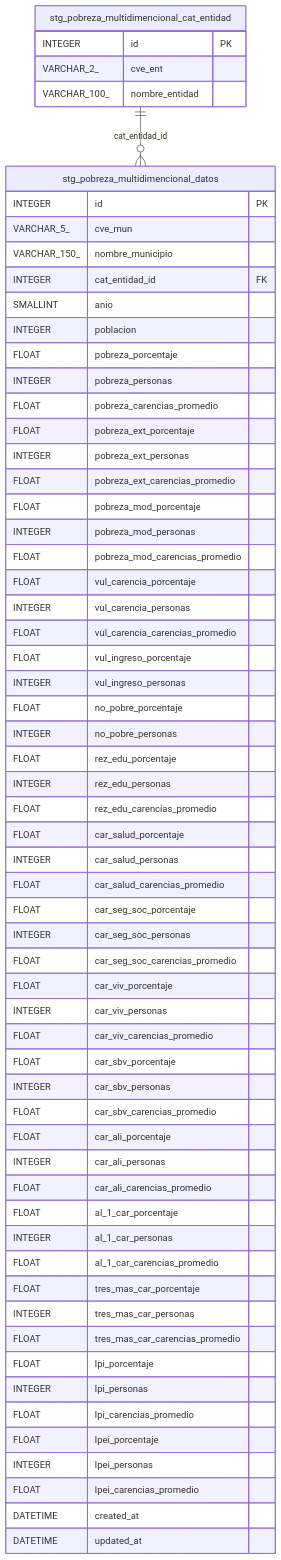
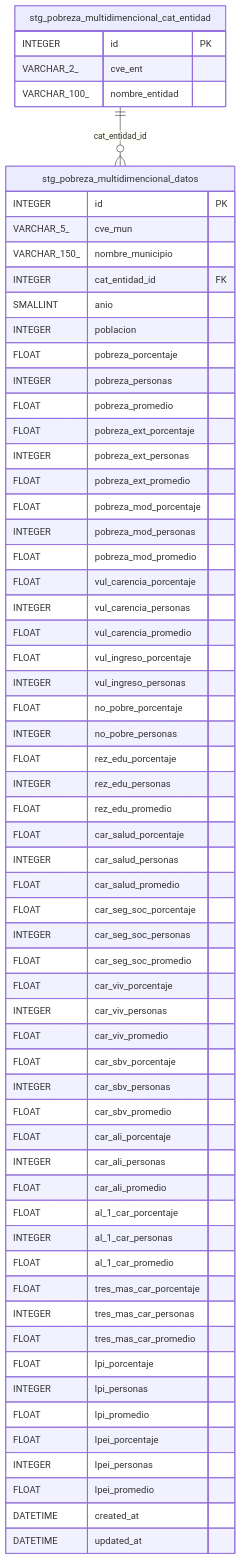
One commit to iieg-oficial/ETL-SIEEJ changed the diagram in core/pipelines/pobreza_multidimencional/README.md. Above: the diagram before and after it, drawn with Mermaid. The commit also changed 5 other files, not shown here.

````diff
--- a/core/pipelines/pobreza_multidimencional/README.md
+++ b/core/pipelines/pobreza_multidimencional/README.md
@@ -40,65 +40,65 @@
 ```mermaid
 erDiagram
     stg_pobreza_multidimencional_cat_entidad {
         INTEGER id PK
         VARCHAR_2_ cve_ent
         VARCHAR_100_ nombre_entidad
     }
     stg_pobreza_multidimencional_datos {
         INTEGER id PK
         VARCHAR_5_ cve_mun
         VARCHAR_150_ nombre_municipio
         INTEGER cat_entidad_id FK
         SMALLINT anio
         INTEGER poblacion
         FLOAT pobreza_porcentaje
         INTEGER pobreza_personas
-        FLOAT pobreza_carencias_promedio
+        FLOAT pobreza_promedio
         FLOAT pobreza_ext_porcentaje
         INTEGER pobreza_ext_personas
-        FLOAT pobreza_ext_carencias_promedio
+        FLOAT pobreza_ext_promedio
         FLOAT pobreza_mod_porcentaje
         INTEGER pobreza_mod_personas
-        FLOAT pobreza_mod_carencias_promedio
+        FLOAT pobreza_mod_promedio
         FLOAT vul_carencia_porcentaje
         INTEGER vul_carencia_personas
-        FLOAT vul_carencia_carencias_promedio
+        FLOAT vul_carencia_promedio
         FLOAT vul_ingreso_porcentaje
         INTEGER vul_ingreso_personas
         FLOAT no_pobre_porcentaje
         INTEGER no_pobre_personas
         FLOAT rez_edu_porcentaje
         INTEGER rez_edu_personas
-        FLOAT rez_edu_carencias_promedio
+        FLOAT rez_edu_promedio
         FLOAT car_salud_porcentaje
         INTEGER car_salud_personas
-        FLOAT car_salud_carencias_promedio
+        FLOAT car_salud_promedio
         FLOAT car_seg_soc_porcentaje
         INTEGER car_seg_soc_personas
-        FLOAT car_seg_soc_carencias_promedio
+        FLOAT car_seg_soc_promedio
         FLOAT car_viv_porcentaje
         INTEGER car_viv_personas
-        FLOAT car_viv_carencias_promedio
+        FLOAT car_viv_promedio
         FLOAT car_sbv_porcentaje
         INTEGER car_sbv_personas
-        FLOAT car_sbv_carencias_promedio
+        FLOAT car_sbv_promedio
         FLOAT car_ali_porcentaje
         INTEGER car_ali_personas
-        FLOAT car_ali_carencias_promedio
+        FLOAT car_ali_promedio
         FLOAT al_1_car_porcentaje
         INTEGER al_1_car_personas
-        FLOAT al_1_car_carencias_promedio
+        FLOAT al_1_car_promedio
         FLOAT tres_mas_car_porcentaje
         INTEGER tres_mas_car_personas
-        FLOAT tres_mas_car_carencias_promedio
+        FLOAT tres_mas_car_promedio
         FLOAT lpi_porcentaje
         INTEGER lpi_personas
-        FLOAT lpi_carencias_promedio
+        FLOAT lpi_promedio
         FLOAT lpei_porcentaje
         INTEGER lpei_personas
-        FLOAT lpei_carencias_promedio
+        FLOAT lpei_promedio
         DATETIME created_at
         DATETIME updated_at
     }
     stg_pobreza_multidimencional_cat_entidad ||--o{ stg_pobreza_multidimencional_datos : "cat_entidad_id"
 ```
````
